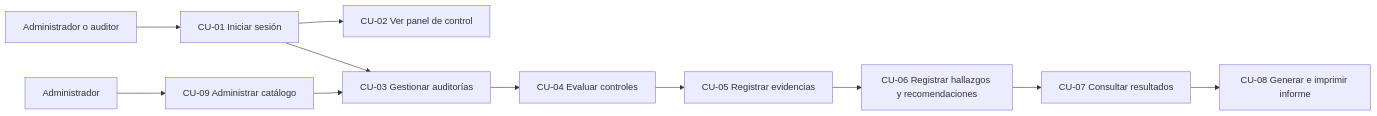
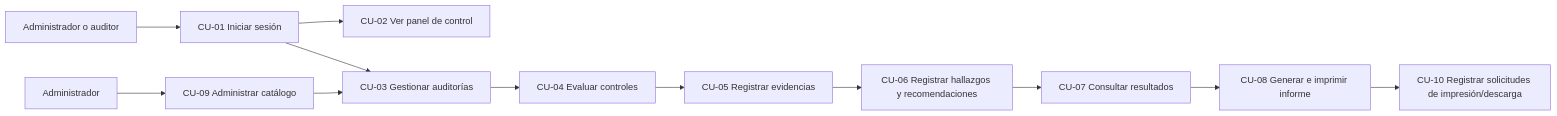
The first of 3 diagrams in docs/DOCUMENTACION.md (Juanito-boop/auditsys-mini), drawn with Mermaid before and after one commit. The commit also changed other lines of this file and 1 other file, not shown here.

Commit message:
docs: documentar registro de solicitudes de impresión

````diff
--- a/docs/DOCUMENTACION.md
+++ b/docs/DOCUMENTACION.md
@@ -51,13 +53,14 @@
 ```mermaid
 flowchart LR
     U[Administrador o auditor] --> CU01[CU-01 Iniciar sesión]
     CU01 --> CU02[CU-02 Ver panel de control]
     CU01 --> CU03[CU-03 Gestionar auditorías]
     CU03 --> CU04[CU-04 Evaluar controles]
     CU04 --> CU05[CU-05 Registrar evidencias]
     CU05 --> CU06[CU-06 Registrar hallazgos y recomendaciones]
     CU06 --> CU07[CU-07 Consultar resultados]
     CU07 --> CU08[CU-08 Generar e imprimir informe]
+    CU08 --> CU10[CU-10 Registrar solicitudes de impresión/descarga]
     A[Administrador] --> CU09[CU-09 Administrar catálogo]
     CU09 --> CU03
 ```
````
